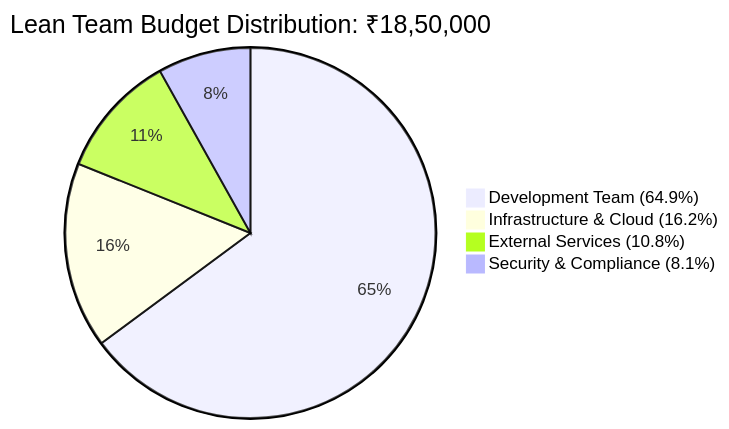
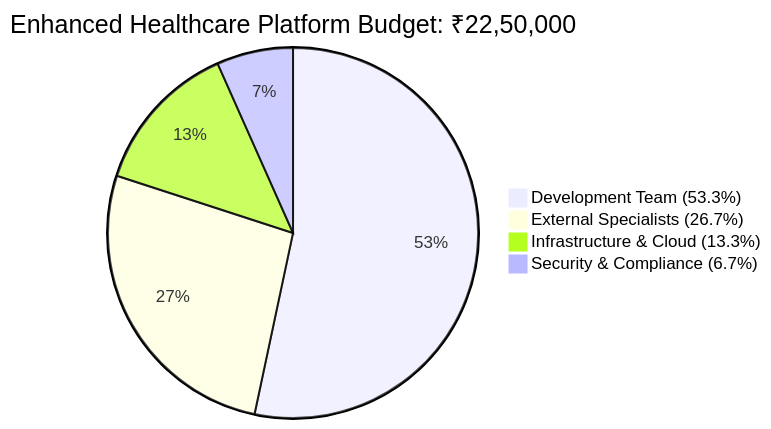
The seventh of 11 diagrams in 05-implementation-plan.md (health-tech-uhi/blueprint), drawn with Mermaid before and after one commit. The commit also changed other lines of this file and 8 other files, not shown here.

````diff
--- a/05-implementation-plan.md
+++ b/05-implementation-plan.md
@@ -552,7 +659,7 @@
 ```mermaid
-pie title Lean Team Budget Distribution: ₹18,50,000
-    "Development Team (64.9%)" : 1200000
-    "Infrastructure & Cloud (16.2%)" : 300000
-    "External Services (10.8%)" : 200000
-    "Security & Compliance (8.1%)" : 150000
+pie title Enhanced Healthcare Platform Budget: ₹22,50,000
+    "Development Team (53.3%)" : 1200000
+    "External Specialists (26.7%)" : 600000
+    "Infrastructure & Cloud (13.3%)" : 300000
+    "Security & Compliance (6.7%)" : 150000
 ```
````
